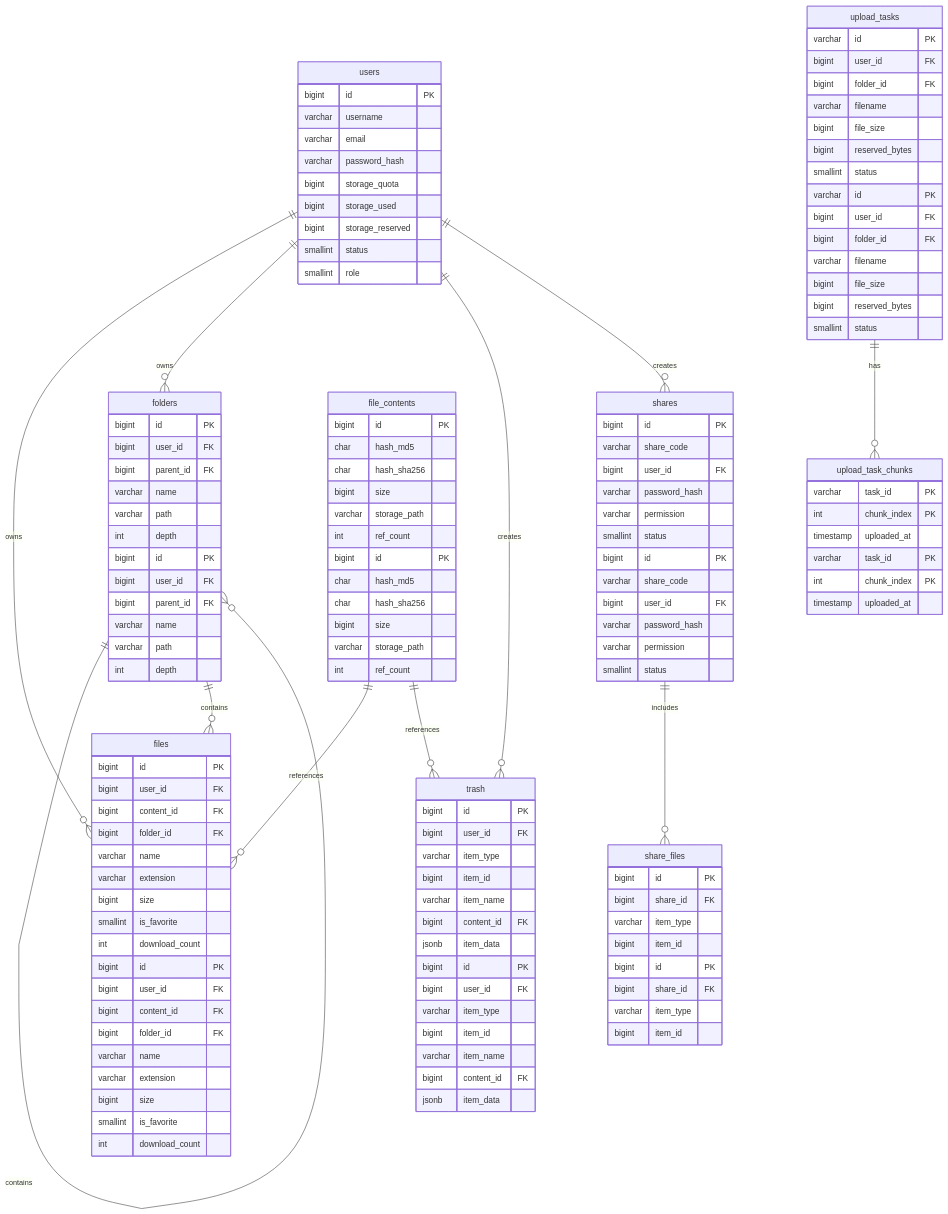
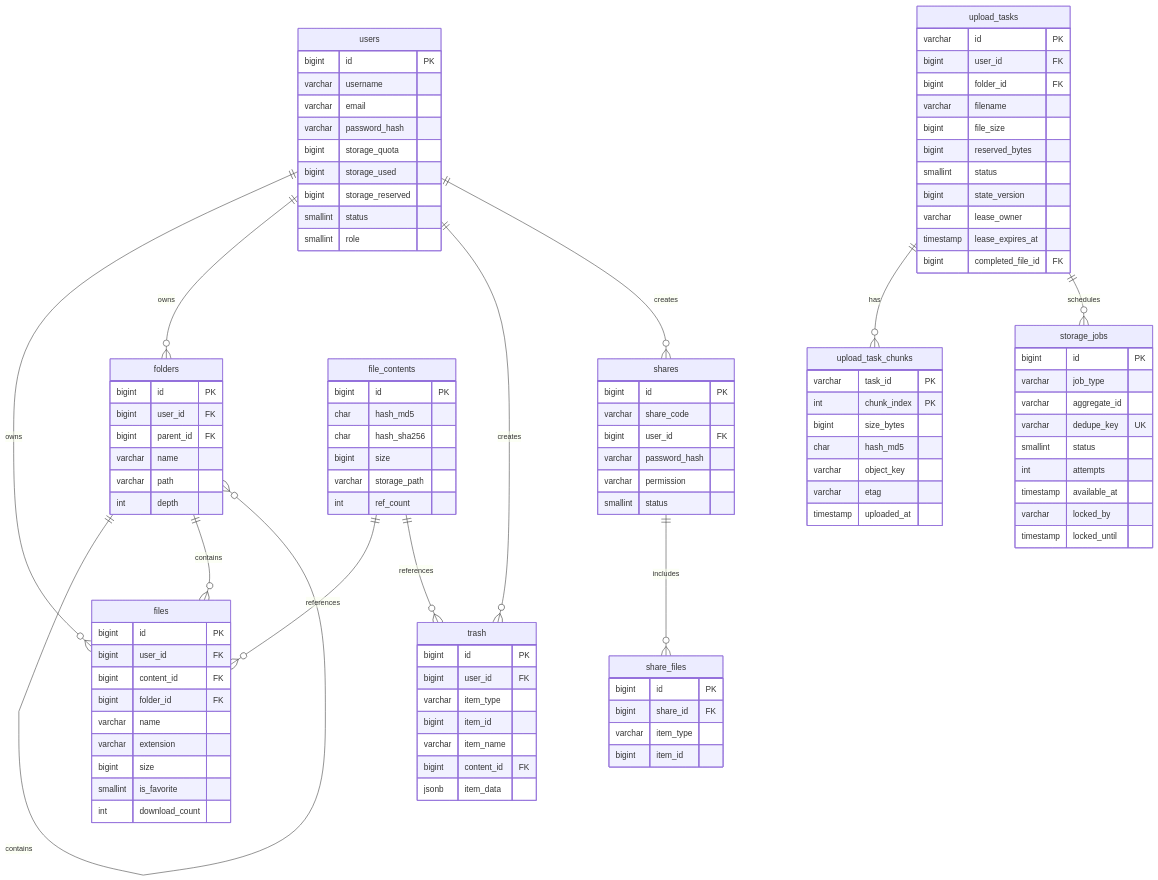
One commit to yizhinailong/disk changed the first of 2 diagrams in docs/design/03-数据库设计.md. Above: the diagram before and after it, drawn with Mermaid. The commit also changed other lines of this file and 11 other files, not shown here.

```diff
--- a/docs/design/03-数据库设计.md
+++ b/docs/design/03-数据库设计.md
@@ -43,6 +43,7 @@
     folders ||--o{ folders : contains
     folders ||--o{ files : contains
     upload_tasks ||--o{ upload_task_chunks : has
+    upload_tasks ||--o{ storage_jobs : schedules
     shares ||--o{ share_files : includes
     
     users {
@@ -86,84 +87,32 @@
         bigint file_size
         bigint reserved_bytes
         smallint status
+        bigint state_version
+        varchar lease_owner
+        timestamp lease_expires_at
+        bigint completed_file_id FK
     }
 
     upload_task_chunks {
         varchar task_id PK
         int chunk_index PK
+        bigint size_bytes
+        char hash_md5
+        varchar object_key
+        varchar etag
         timestamp uploaded_at
     }
-    
-    folders {
+
+    storage_jobs {
         bigint id PK
-        bigint user_id FK
-        bigint parent_id FK
-        varchar name
-        varchar path
-        int depth
-    }
-    
-    trash {
-        bigint id PK
-        bigint user_id FK
-        varchar item_type
-        bigint item_id
-        varchar item_name
-        bigint content_id FK
-        jsonb item_data
-    }
-    
-    shares {
-        bigint id PK
-        varchar share_code
-        bigint user_id FK
-        varchar password_hash
-        varchar permission
+        varchar job_type
+        varchar aggregate_id
+        varchar dedupe_key UK
         smallint status
-    }
-    
-    share_files {
-        bigint id PK
-        bigint share_id FK
-        varchar item_type
-        bigint item_id
-    }
-    
-    file_contents {
-        bigint id PK
-        char hash_md5
-        char hash_sha256
-        bigint size
-        varchar storage_path
-        int ref_count
-    }
-    
-    files {
-        bigint id PK
-        bigint user_id FK
-        bigint content_id FK
-        bigint folder_id FK
-        varchar name
-        varchar extension
-        bigint size
-        smallint is_favorite
-        int download_count
-    }
-
-    upload_tasks {
-        varchar id PK
-        bigint user_id FK
-        bigint folder_id FK
-        varchar filename
-        bigint file_size
-        bigint reserved_bytes
-        smallint status
-    }
-
-    upload_task_chunks {
-        varchar task_id PK
-        int chunk_index PK
-        timestamp uploaded_at
+        int attempts
+        timestamp available_at
+        varchar locked_by
+        timestamp locked_until
     }
     
     folders {
```
